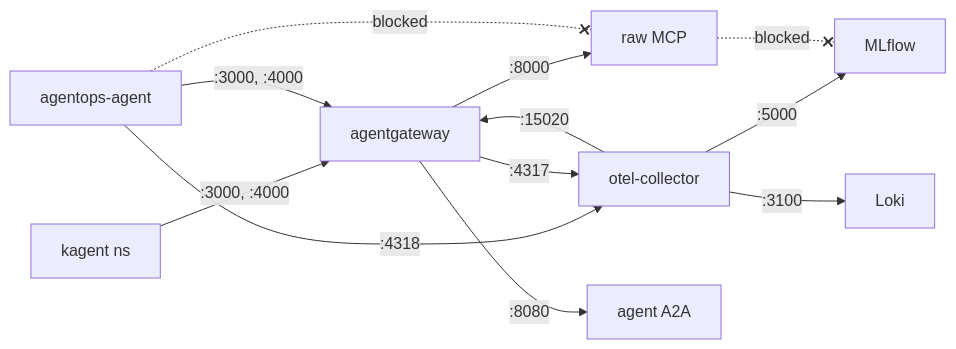
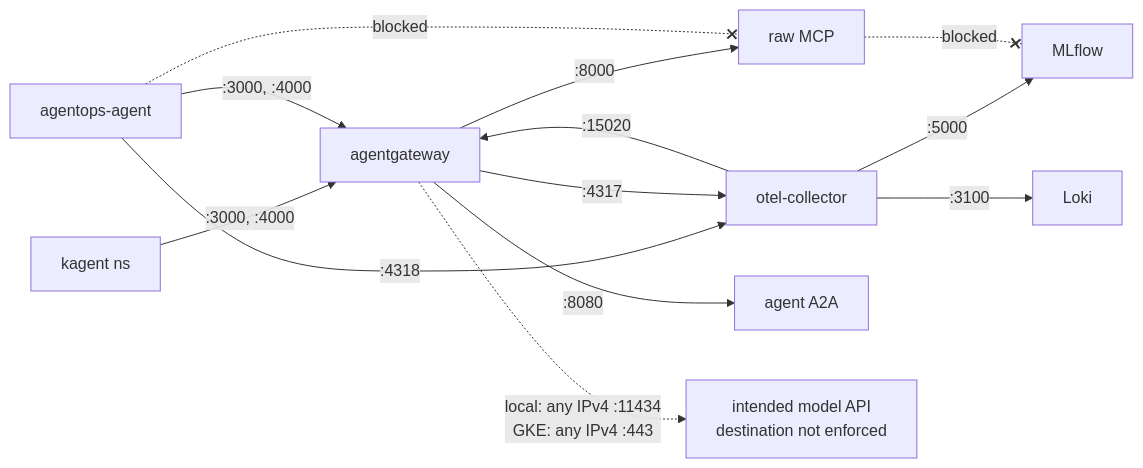
Before and after one commit to LuiGGi629/agentops-open-course: the diagram in docs/6. Platform/6.5. Platform Gateway.md, drawn with Mermaid. The commit also changed other lines of this file and 121 other files, not shown here.

````diff
--- a/docs/6. Platform/6.5. Platform Gateway.md
+++ b/docs/6. Platform/6.5. Platform Gateway.md
@@ -69,14 +69,15 @@
 ```mermaid
 flowchart LR
     kagent["kagent ns"] -->|":3000, :4000"| GW["agentgateway"]
     AG["agentops-agent"] -->|":3000, :4000"| GW
     AG -->|":4318"| OT["otel-collector"]
     GW -->|":8000"| MCP["raw MCP"]
     GW -->|":8080"| A2A["agent A2A"]
     GW -->|":4317"| OT
     OT -->|":5000"| ML["MLflow"]
     OT -->|":3100"| LK["Loki"]
     OT -->|":15020"| GW
+    GW -. "local: any IPv4 :11434<br/>GKE: any IPv4 :443" .-> Public["intended model API<br/>destination not enforced"]
     AG -.blocked.-x MCP
     MCP -.blocked.-x ML
 ```
````
